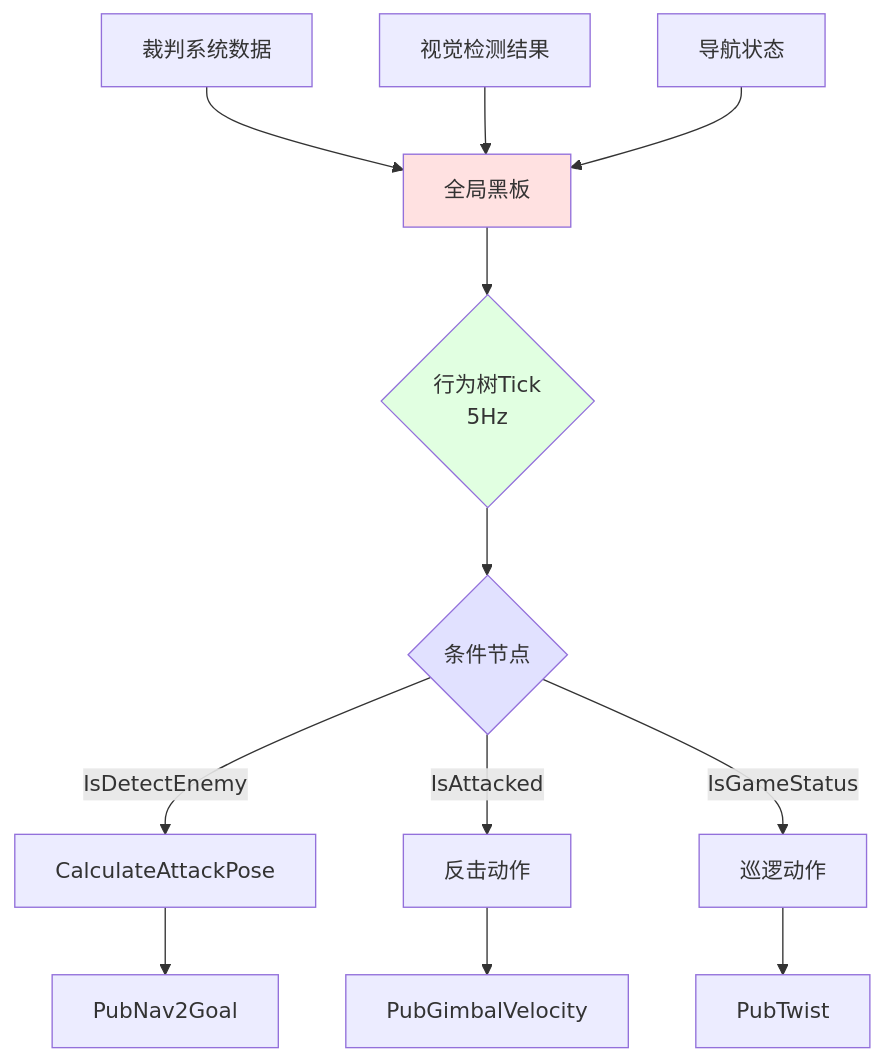
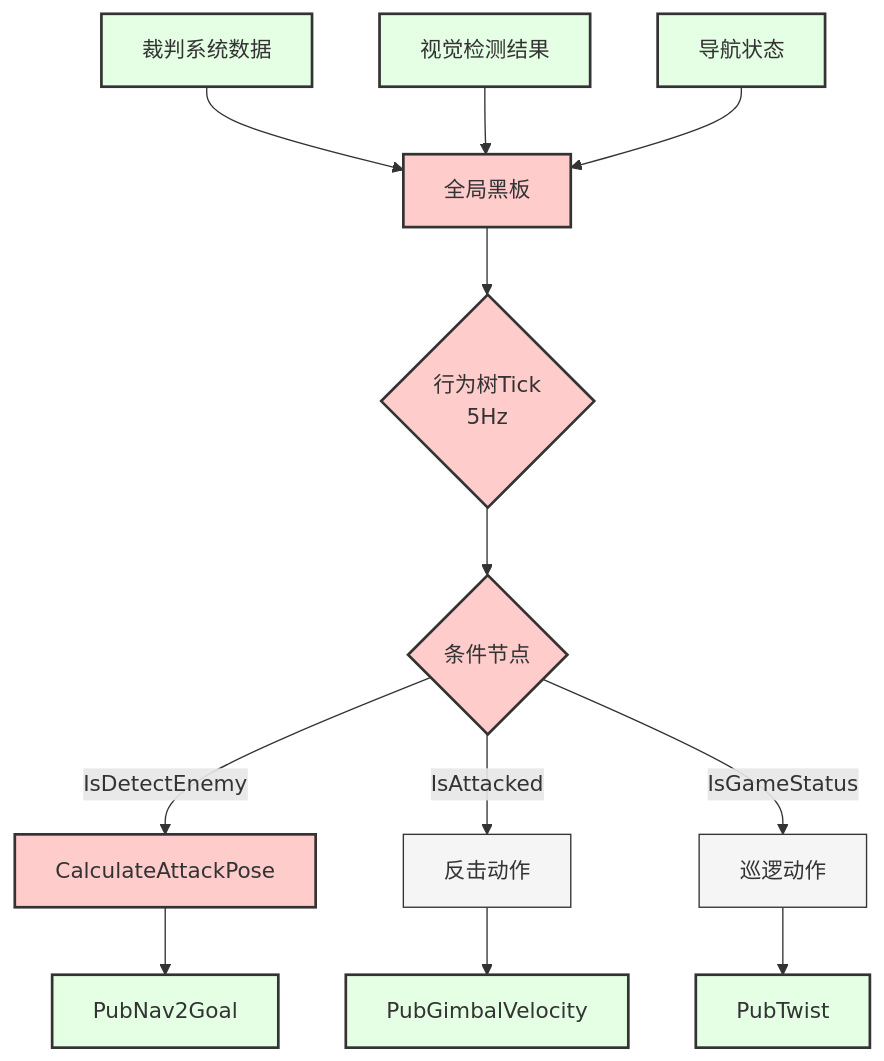
Before and after one commit to happywosabi/pb2025_sentry_ws: the first of 2 diagrams in docs/05_决策层.md, drawn with Mermaid. The commit also changed other lines of this file and 5 other files, not shown here.

````diff
--- a/docs/05_决策层.md
+++ b/docs/05_决策层.md
@@ -21,21 +21,25 @@
 ```mermaid
 graph TB
     A[裁判系统数据] --> B[全局黑板]
     C[视觉检测结果] --> B
     D[导航状态] --> B
 
     B --> E{行为树Tick<br>5Hz}
 
     E --> F{条件节点}
     F --> |IsDetectEnemy| G[CalculateAttackPose]
     F --> |IsAttacked| H[反击动作]
     F --> |IsGameStatus| I[巡逻动作]
 
     G --> J[PubNav2Goal]
     H --> K[PubGimbalVelocity]
     I --> L[PubTwist]
 
-    style B fill:#ffe1e1
-    style E fill:#e1ffe1
-    style F fill:#e1e1ff
+    classDef decisionClass fill:#FFCCCC,stroke:#333,stroke-width:2px
+    classDef dataClass fill:#E5FFE5,stroke:#333,stroke-width:2px
+    classDef processClass fill:#F5F5F5,stroke:#333,stroke-width:1px
+
+    class B,E,F,G decisionClass
+    class A,C,D,J,K,L dataClass
+    class H,I processClass
 ```
````
